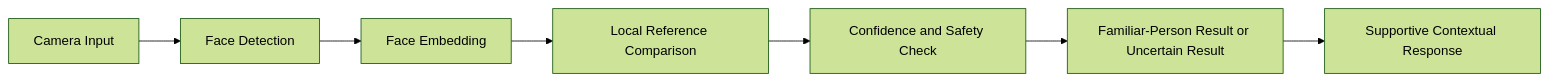
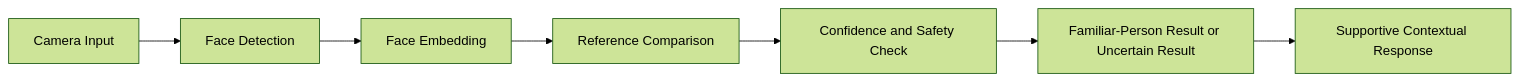
One commit to PRITAMADAK11052004/SMARAN_Asymptotics_SIH26003 changed the third of 5 diagrams in README.md. Above: the diagram before and after it, drawn with Mermaid (forest theme). The commit also changed other lines of this file, not shown here.

````diff
--- a/README.md
+++ b/README.md
@@ -364,9 +348,9 @@
 ```mermaid
 flowchart LR
-    A["Camera Input"] --> B["Face Detection"]
-    B --> C["Face Embedding"]
-    C --> D["Local Reference Comparison"]
-    D --> E["Confidence and Safety Check"]
-    E --> F["Familiar-Person Result or Uncertain Result"]
-    F --> G["Supportive Contextual Response"]
+    A[Camera Input] --> B[Face Detection]
+    B --> C[Face Embedding]
+    C --> D[Reference Comparison]
+    D --> E[Confidence and Safety Check]
+    E --> F[Familiar-Person Result or Uncertain Result]
+    F --> G[Supportive Contextual Response]
 ```
````
